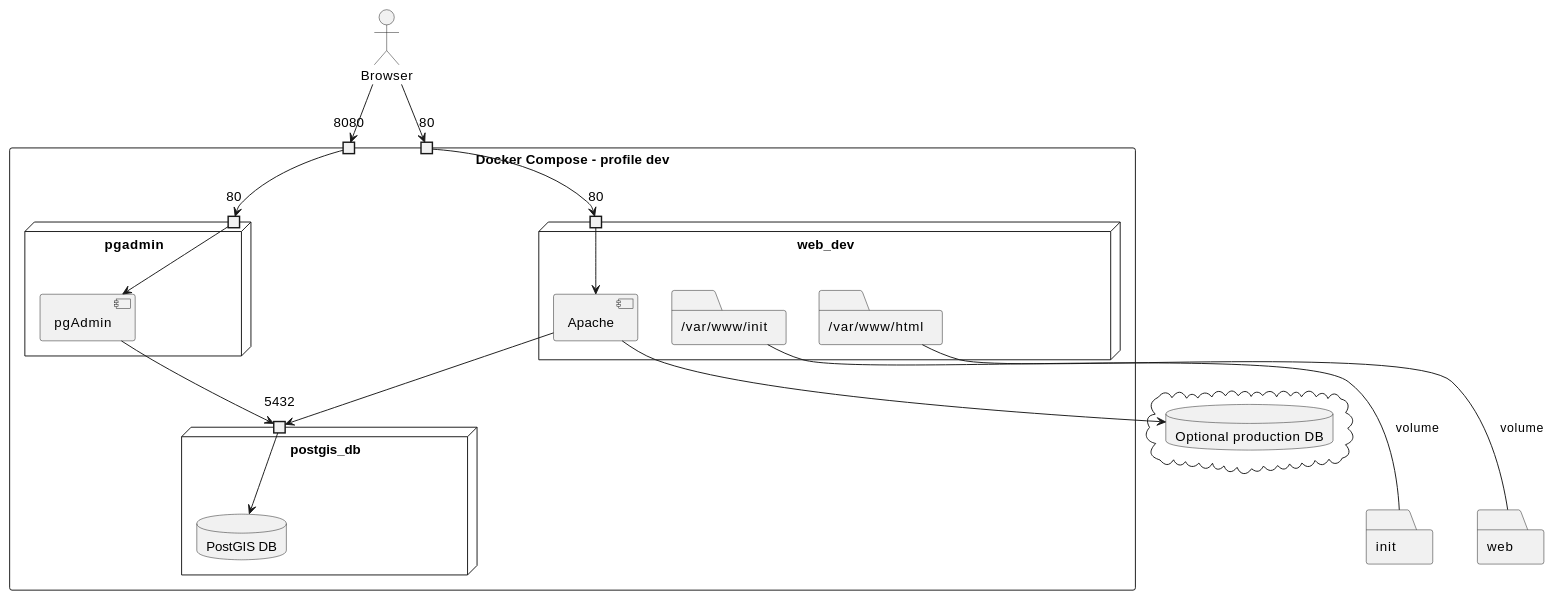
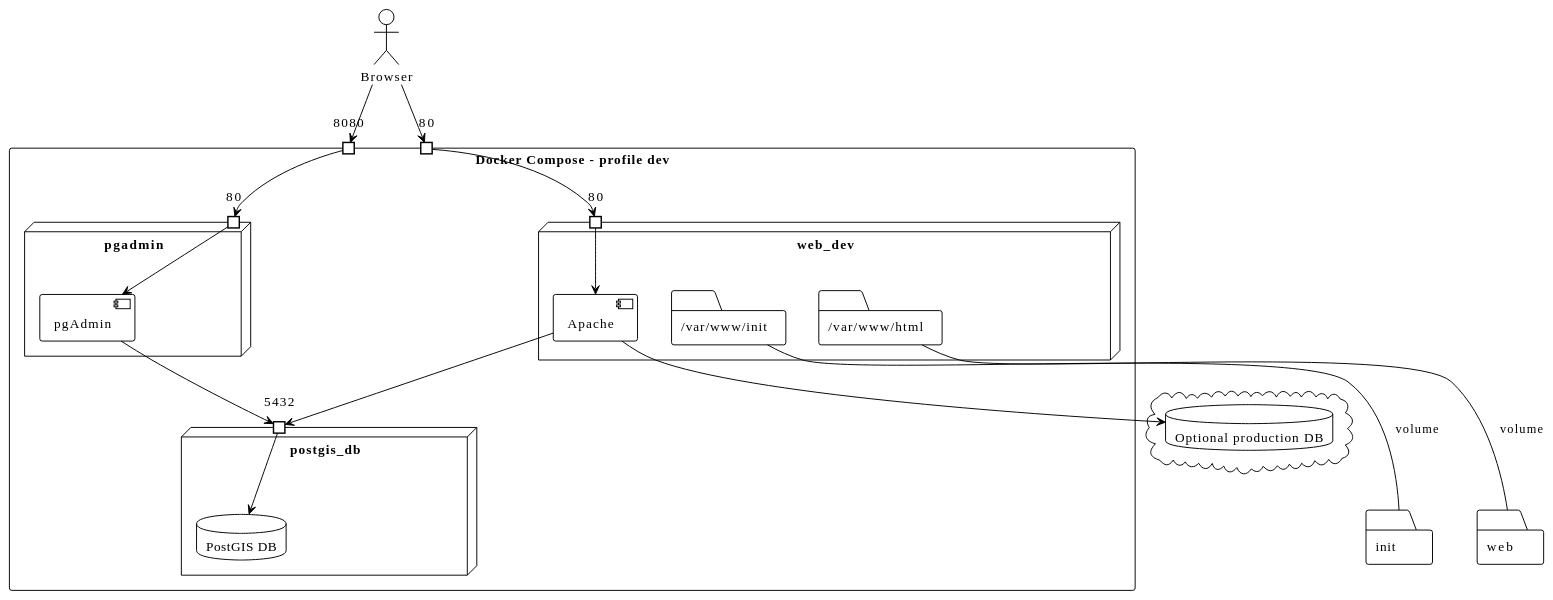
Before and after one commit to Danysan1/osm-wikidata-map-framework: the second of 4 diagrams in CONTRIBUTING.md, drawn with PlantUML. The commit also changed other lines of this file, not shown here.

````diff
--- a/CONTRIBUTING.md
+++ b/CONTRIBUTING.md
@@ -175,48 +175,49 @@
 ```plantuml
 @startuml
+!theme plain
 
 actor Browser
 rectangle "Docker Compose - profile dev" as docker {
   port "8080" as 8080docker
   port "80" as 80docker
   node postgis_db {
     port 5432 as 5432db
     database "PostGIS DB" as db
   }
   node pgadmin {
     port "80" as 80pgAdmin
     component pgAdmin
   }
   node web_dev {
     port "80" as 80webDev
     component Apache
     folder "/var/www/init" as initRem
     folder "/var/www/html" as webRem
   }
 
 }
 cloud {
   database "Optional production DB" as extDB
 }
 folder "init" as initLoc
 folder "web" as webLoc
 
 initRem --- initLoc : volume
 webRem --- webLoc : volume
 
 Apache --> 5432db
 Apache --> extDB
 pgAdmin --> 5432db
 
 Browser --> 80docker
 Browser --> 8080docker
 
 80docker --> 80webDev
 8080docker --> 80pgAdmin
 
 80webDev -> Apache
 5432db -> db
 80pgAdmin -> pgAdmin
 
 @enduml
 ```
````
